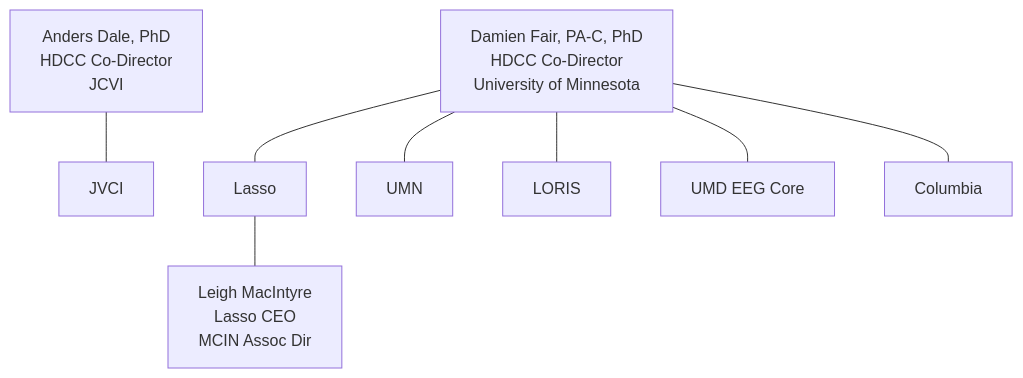
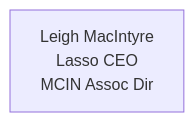
Before and after one commit to DCAN-Labs/hbcd-docs-internal: the first of 10 diagrams in docs/orgcharts.md, drawn with Mermaid. The commit also changed other lines of this file, not shown here.

````diff
--- a/docs/orgcharts.md
+++ b/docs/orgcharts.md
@@ -15,7 +6,5 @@
 ```mermaid
 flowchart TB
-    n2["Anders Dale, PhD<br>HDCC Co-Director<br>JCVI"] --- jvci["JVCI"]
-    E["Damien Fair, PA-C, PhD<br>HDCC Co-Director<br>University of Minnesota"] --- lasso["Lasso"] & umn["UMN"] & n7["LORIS"] & n8["UMD EEG Core"] & n11["Columbia"]
-    lasso --- lasso1["Leigh MacIntyre<br>Lasso CEO<br>MCIN Assoc Dir"]
+    lasso1["Leigh MacIntyre<br>Lasso CEO<br>MCIN Assoc Dir"]
     click lasso1 "https://mcin.ca" "Montreal Consortium for Innovation in Neuroinformatics"
 ```
````
